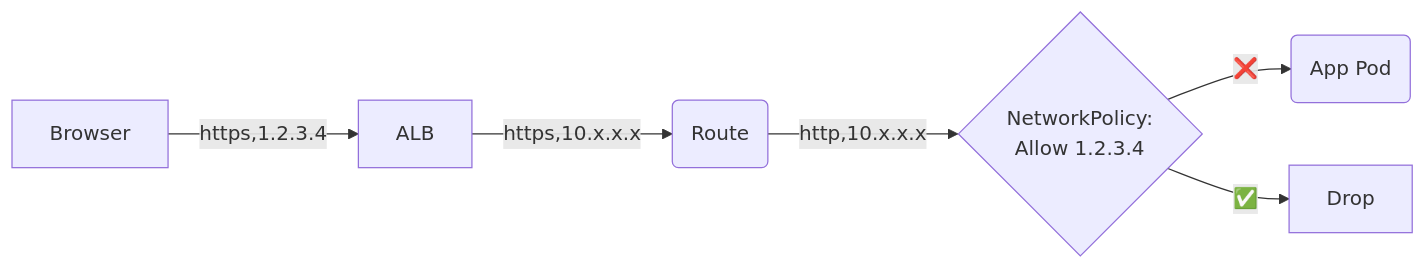
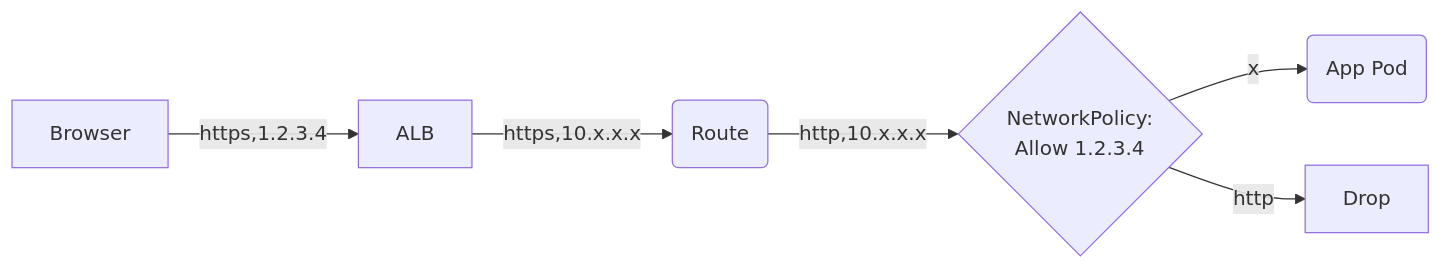
The diagram in doc/overview_alb.mmd (spruceki/ibm-openshift-allowlisting), drawn with Mermaid before and after one commit. The commit also changed 2 other files, not shown here.

```diff
--- a/doc/overview_alb.mmd
+++ b/doc/overview_alb.mmd
@@ -1,6 +1,6 @@
 flowchart LR
     A[Browser] -->|https,1.2.3.4| B[ALB]
     B --> |https,10.x.x.x|C(Route)
     C --> |http,10.x.x.x|P{NetworkPolicy: <br />Allow 1.2.3.4}
-    P -->|❌|D(App Pod)
-    P --> |✅|E[️Drop]
+    P -->|x|D(App Pod)
+    P --> |http|E[️Drop]
```
